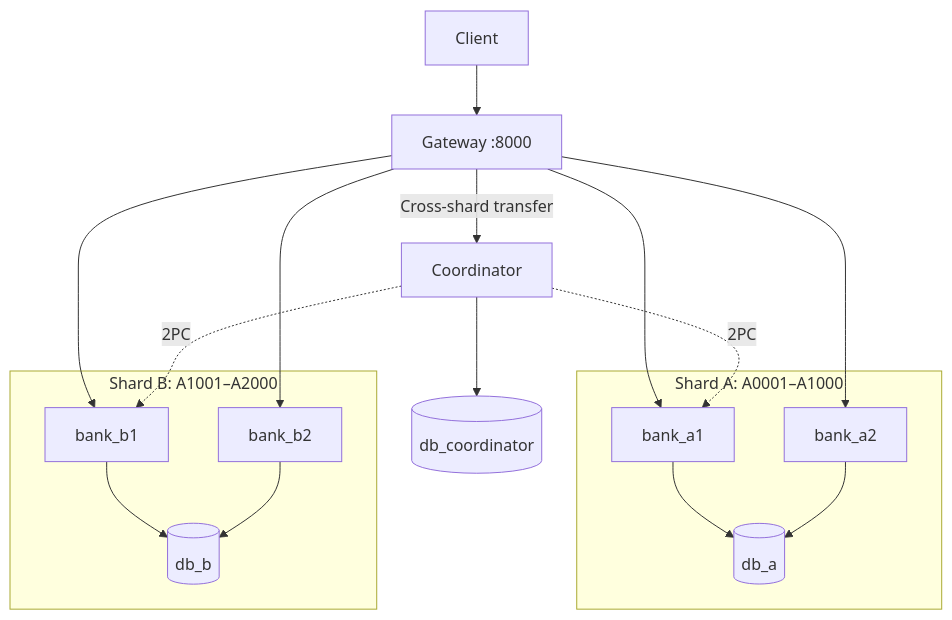
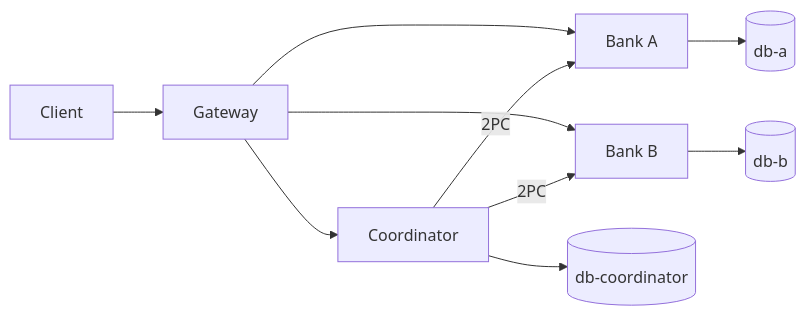
Before and after one commit to AriyanShokrizadeh/distributed-banking-platform: the diagram in README.md, drawn with Mermaid. The commit also changed other lines of this file, not shown here.

````diff
--- a/README.md
+++ b/README.md
@@ -7,20 +7,12 @@
 ```mermaid
-flowchart TB
-    Client --> Gateway["Gateway :8000"]
-    subgraph A["Shard A: A0001–A1000"]
-        A1["bank_a1"] --> DBA[(db_a)]
-        A2["bank_a2"] --> DBA
-    end
-    subgraph B["Shard B: A1001–A2000"]
-        B1["bank_b1"] --> DBB[(db_b)]
-        B2["bank_b2"] --> DBB
-    end
-    Gateway --> A1
-    Gateway --> A2
-    Gateway --> B1
-    Gateway --> B2
-    Gateway -->|Cross-shard transfer| Coordinator
-    Coordinator --> DBC[(db_coordinator)]
-    Coordinator -.->|2PC| A1
-    Coordinator -.->|2PC| B1
+flowchart LR
+    Client --> Gateway
+    Gateway --> A[Bank A]
+    Gateway --> B[Bank B]
+    Gateway --> C[Coordinator]
+    C -->|2PC| A
+    C -->|2PC| B
+    A --> DA[(db-a)]
+    B --> DB[(db-b)]
+    C --> DC[(db-coordinator)]
 ```
````
